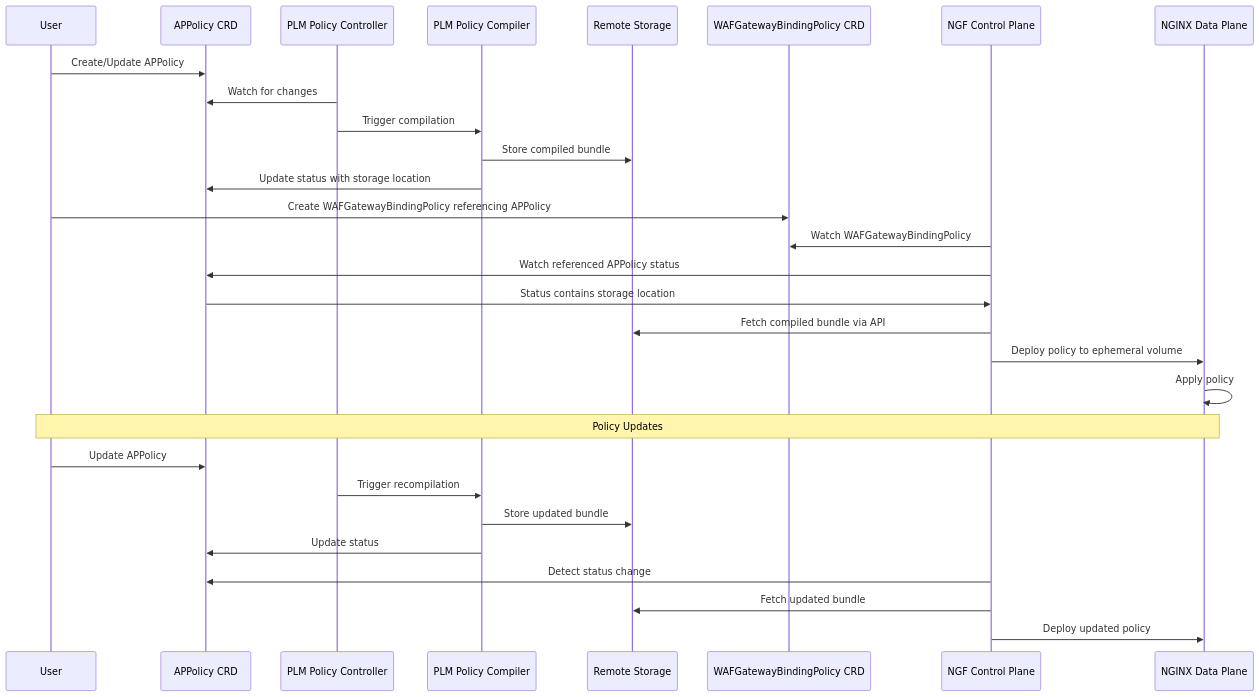
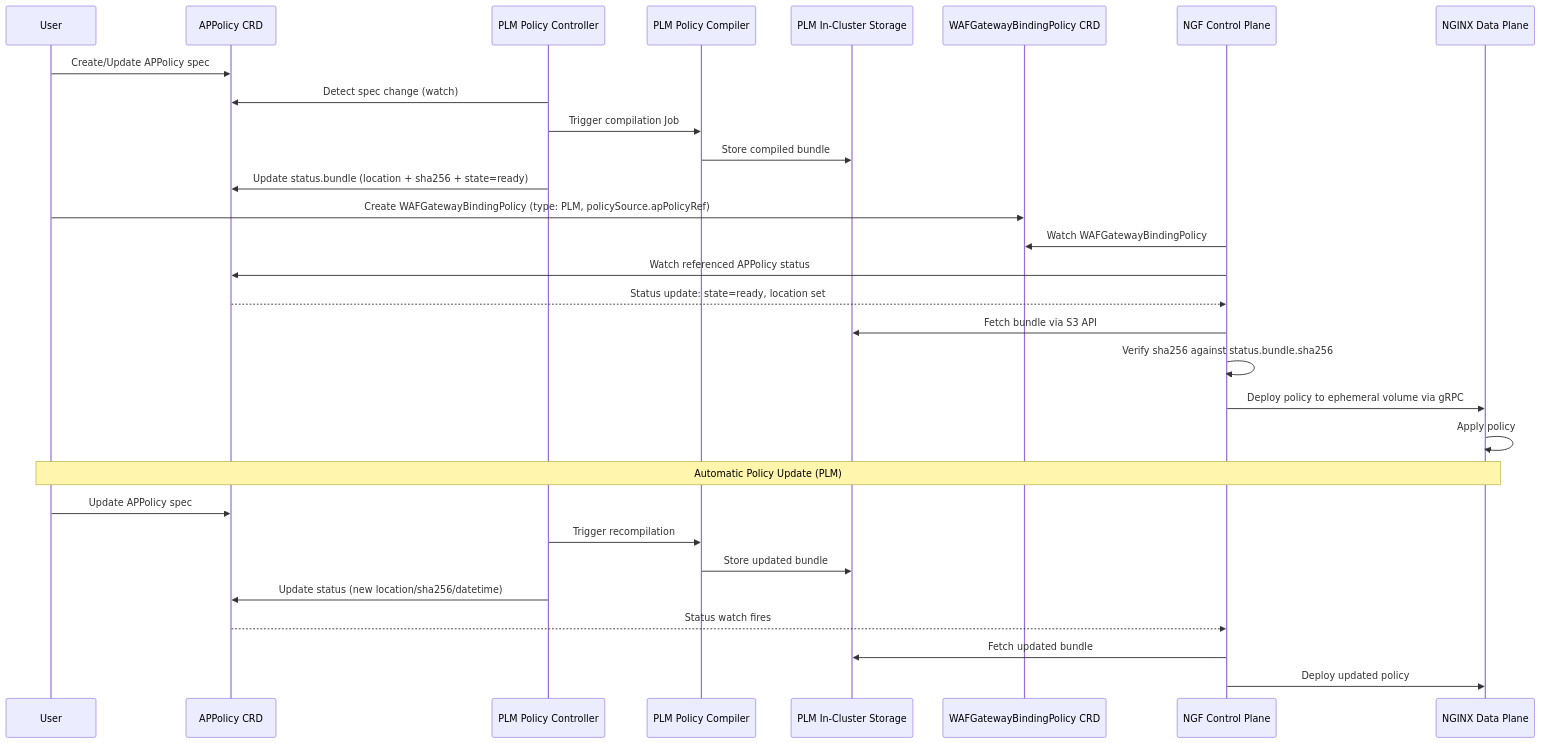
One commit to nginx/nginx-gateway-fabric changed the second of 2 diagrams in docs/proposals/nap-waf.md. Above: the diagram before and after it, drawn with Mermaid. The commit also changed other lines of this file and 57 other files, not shown here.

Commit message:
Revert PLM and add management plane source support

````diff
--- a/docs/proposals/nap-waf.md
+++ b/docs/proposals/nap-waf.md
@@ -235,34 +328,35 @@
 ```mermaid
 sequenceDiagram
     participant User
     participant APPolicy as APPolicy CRD
     participant PLMController as PLM Policy Controller
-    participant Compiler as PLM Policy Compiler
-    participant Storage as Remote Storage
+    participant PLMCompiler as PLM Policy Compiler
+    participant PLMStorage as PLM In-Cluster Storage
     participant WAFGatewayBindingPolicy as WAFGatewayBindingPolicy CRD
     participant NGF as NGF Control Plane
     participant DataPlane as NGINX Data Plane
 
-    User->>APPolicy: Create/Update APPolicy
-    PLMController->>APPolicy: Watch for changes
-    PLMController->>Compiler: Trigger compilation
-    Compiler->>Storage: Store compiled bundle
-    Compiler->>APPolicy: Update status with storage location
+    User->>APPolicy: Create/Update APPolicy spec
+    PLMController->>APPolicy: Detect spec change (watch)
+    PLMController->>PLMCompiler: Trigger compilation Job
+    PLMCompiler->>PLMStorage: Store compiled bundle
+    PLMController->>APPolicy: Update status.bundle (location + sha256 + state=ready)
 
-    User->>WAFGatewayBindingPolicy: Create WAFGatewayBindingPolicy referencing APPolicy
+    User->>WAFGatewayBindingPolicy: Create WAFGatewayBindingPolicy (type: PLM, policySource.apPolicyRef)
     NGF->>WAFGatewayBindingPolicy: Watch WAFGatewayBindingPolicy
     NGF->>APPolicy: Watch referenced APPolicy status
-    APPolicy->>NGF: Status contains storage location
-    NGF->>Storage: Fetch compiled bundle via API
-    NGF->>DataPlane: Deploy policy to ephemeral volume
+    APPolicy-->>NGF: Status update: state=ready, location set
+    NGF->>PLMStorage: Fetch bundle via S3 API
+    NGF->>NGF: Verify sha256 against status.bundle.sha256
+    NGF->>DataPlane: Deploy policy to ephemeral volume via gRPC
     DataPlane->>DataPlane: Apply policy
 
-    Note over User,DataPlane: Policy Updates
-    User->>APPolicy: Update APPolicy
-    PLMController->>Compiler: Trigger recompilation
-    Compiler->>Storage: Store updated bundle
-    Compiler->>APPolicy: Update status
-    NGF->>APPolicy: Detect status change
-    NGF->>Storage: Fetch updated bundle
+    Note over User,DataPlane: Automatic Policy Update (PLM)
+    User->>APPolicy: Update APPolicy spec
+    PLMController->>PLMCompiler: Trigger recompilation
+    PLMCompiler->>PLMStorage: Store updated bundle
+    PLMController->>APPolicy: Update status (new location/sha256/datetime)
+    APPolicy-->>NGF: Status watch fires
+    NGF->>PLMStorage: Fetch updated bundle
     NGF->>DataPlane: Deploy updated policy
 ```
````
